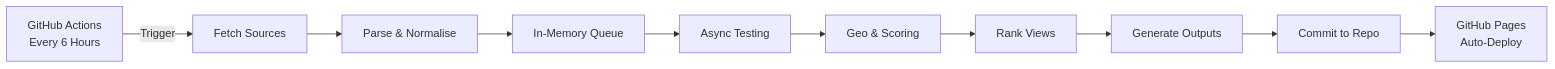
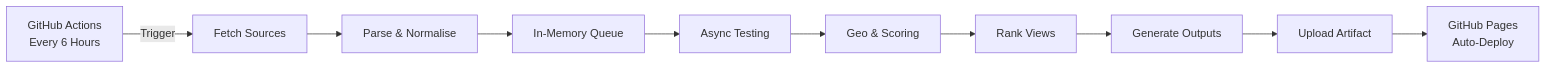
One commit to AmirrezaFarnamTaheri/ConfigStream changed the diagram in README.md. Above: the diagram before and after it, drawn with Mermaid. The commit also changed other lines of this file and 9 other files, not shown here.

````diff
--- a/README.md
+++ b/README.md
@@ -60,12 +60,12 @@
 ```mermaid
 graph LR
     A[GitHub Actions<br/>Every 6 Hours] -->|Trigger| B[Fetch Sources]
     B --> C[Parse & Normalise]
     C --> D[In-Memory Queue]
     D --> E[Async Testing]
     E --> F[Geo & Scoring]
     F --> G[Rank Views]
     G --> H[Generate Outputs]
-    H --> I[Commit to Repo]
+    H --> I[Upload Artifact]
     I --> J[GitHub Pages<br/>Auto-Deploy]
 ```
````
